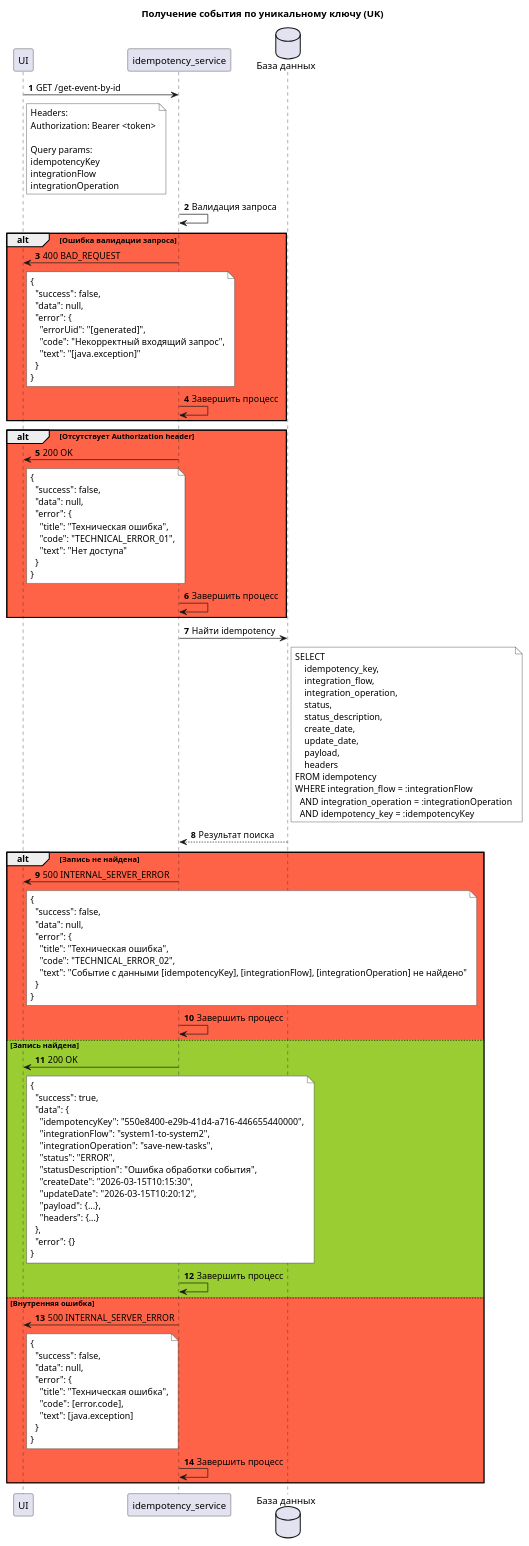
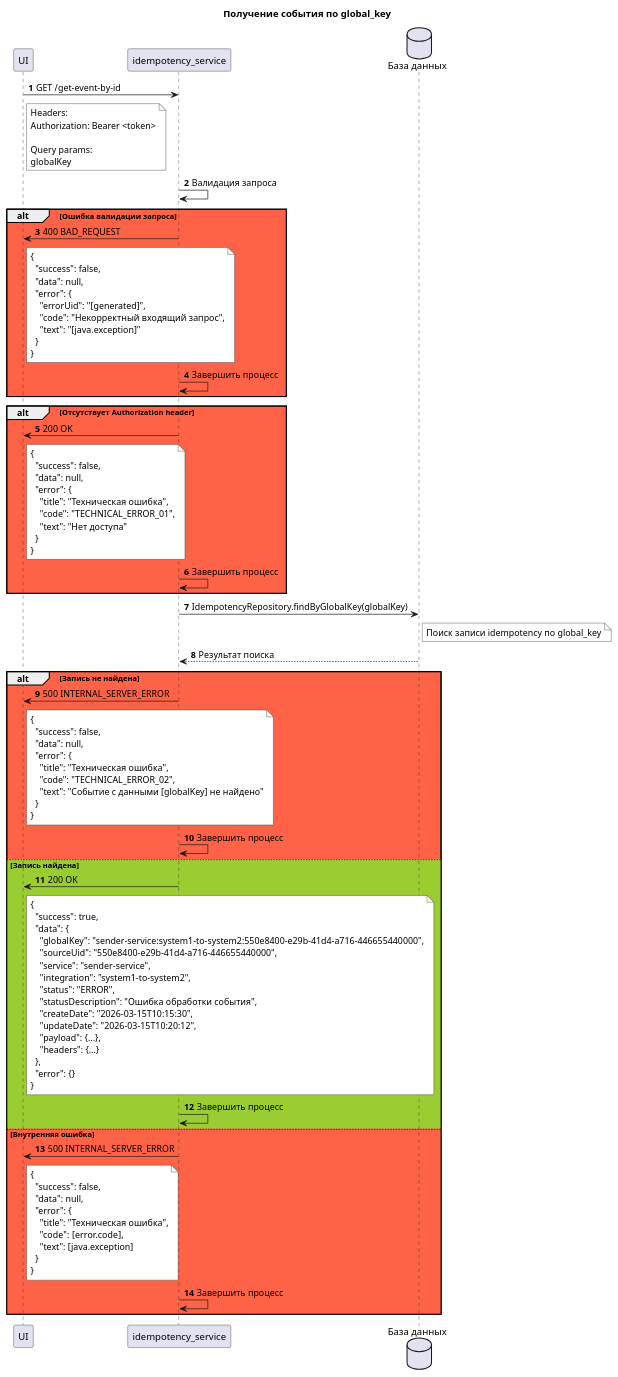
One commit to idempotence-service/core changed the diagram in architecture/8.puml. Above: the diagram before and after it, drawn with PlantUML. The commit also changed 8 other files, not shown here.

```diff
--- a/architecture/8.puml
+++ b/architecture/8.puml
@@ -1,143 +1,129 @@
 @startuml
-title Получение события по уникальному ключу (UK)
+title Получение события по global_key
 
 autonumber
 
 participant "UI" as UI
 participant "idempotency_service" as IdemService
 database "База данных" as DB
 
 UI -> IdemService: GET /get-event-by-id
 note right of UI #FFFFFF
 Headers:
 Authorization: Bearer <token>
 
 Query params:
-idempotencyKey
-integrationFlow
-integrationOperation
+globalKey
 end note
 
 
 IdemService -> IdemService: Валидация запроса
 
 alt #tomato Ошибка валидации запроса
     IdemService -> UI: 400 BAD_REQUEST
     note right of UI #FFFFFF
         {
           "success": false,
           "data": null,
           "error": {
             "errorUid": "[generated]",
             "code": "Некорректный входящий запрос",
             "text": "[java.exception]"
           }
         }
     end note
 
     IdemService -> IdemService: Завершить процесс
 end
 
 
 alt #tomato Отсутствует Authorization header
     IdemService -> UI: 200 OK
     note right of UI #FFFFFF
         {
           "success": false,
           "data": null,
           "error": {
             "title": "Техническая ошибка",
             "code": "TECHNICAL_ERROR_01",
             "text": "Нет доступа"
           }
         }
     end note
 
     IdemService -> IdemService: Завершить процесс
 end
 
 
-IdemService -> DB: Найти idempotency
+IdemService -> DB: IdempotencyRepository.findByGlobalKey(globalKey)
 note right of DB #FFFFFF
-SELECT
-    idempotency_key,
-    integration_flow,
-    integration_operation,
-    status,
-    status_description,
-    create_date,
-    update_date,
-    payload,
-    headers
-FROM idempotency
-WHERE integration_flow = :integrationFlow
-  AND integration_operation = :integrationOperation
-  AND idempotency_key = :idempotencyKey
+    Поиск записи idempotency по global_key
 end note
 
 
 DB --> IdemService: Результат поиска
 
 
 alt #tomato Запись не найдена
 
     IdemService -> UI: 500 INTERNAL_SERVER_ERROR
     note right of UI #FFFFFF
         {
           "success": false,
           "data": null,
           "error": {
             "title": "Техническая ошибка",
             "code": "TECHNICAL_ERROR_02",
-            "text": "Событие с данными [idempotencyKey], [integrationFlow], [integrationOperation] не найдено"
+            "text": "Событие с данными [globalKey] не найдено"
           }
         }
     end note
 
     IdemService -> IdemService: Завершить процесс
 
 
 else #yellowgreen Запись найдена
 
     IdemService -> UI: 200 OK
     note right of UI #FFFFFF
         {
           "success": true,
           "data": {
-            "idempotencyKey": "550e8400-e29b-41d4-a716-446655440000",
-            "integrationFlow": "system1-to-system2",
-            "integrationOperation": "save-new-tasks",
+            "globalKey": "sender-service:system1-to-system2:550e8400-e29b-41d4-a716-446655440000",
+            "sourceUid": "550e8400-e29b-41d4-a716-446655440000",
+            "service": "sender-service",
+            "integration": "system1-to-system2",
             "status": "ERROR",
             "statusDescription": "Ошибка обработки события",
             "createDate": "2026-03-15T10:15:30",
             "updateDate": "2026-03-15T10:20:12",
             "payload": {...},
             "headers": {...}
           },
           "error": {}
         }
     end note
 
     IdemService -> IdemService: Завершить процесс
 
 
 else #tomato Внутренняя ошибка
 
     IdemService -> UI: 500 INTERNAL_SERVER_ERROR
     note right of UI #FFFFFF
         {
           "success": false,
           "data": null,
           "error": {
             "title": "Техническая ошибка",
             "code": [error.code],
             "text": [java.exception]
           }
         }
     end note
 
     IdemService -> IdemService: Завершить процесс
 
 end
 
 @enduml
```
